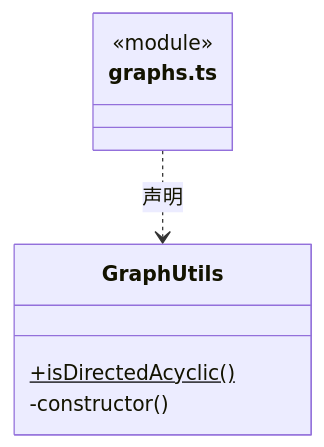
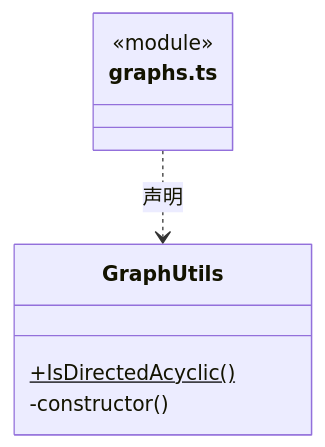
One commit to nan023062/cbim changed the third of 8 diagrams in src/core/utility/ARCHITECTURE.md. Above: the diagram before and after it, drawn with Mermaid. The commit also changed other lines of this file and 1035 other files, not shown here.

````diff
--- a/src/core/utility/ARCHITECTURE.md
+++ b/src/core/utility/ARCHITECTURE.md
@@ -88,11 +88,11 @@
 ```mermaid
 classDiagram
 class N_src_core_utility_graphs_ts["graphs.ts"] {
   <<module>>
 }
 class N_src_core_utility_graphs_ts_GraphUtils["GraphUtils"] {
-  +isDirectedAcyclic()$
+  +IsDirectedAcyclic()$
   -constructor()
 }
 N_src_core_utility_graphs_ts ..> N_src_core_utility_graphs_ts_GraphUtils : 声明
 ```
````
